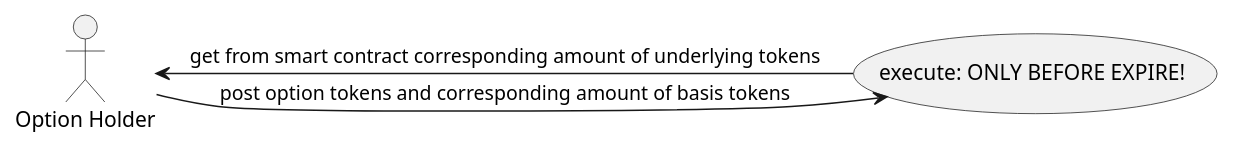
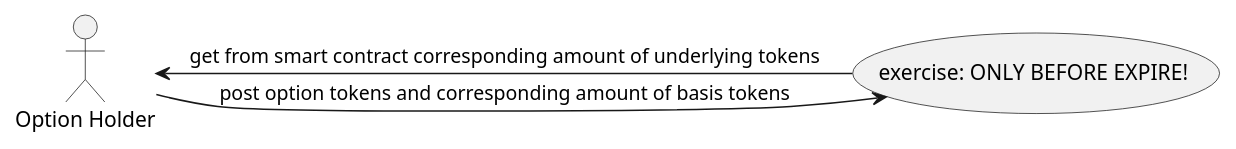
Before and after one commit to mxn/eth_option: the diagram in docs/dias/exec.puml, drawn with PlantUML. The commit also changed 4 other files, not shown here.

```diff
--- a/docs/dias/exec.puml
+++ b/docs/dias/exec.puml
@@ -1,9 +1,9 @@
 @startuml
 :Option Holder: as Buyer
-(execute: ONLY BEFORE EXPIRE!) as (exec)
+(exercise: ONLY BEFORE EXPIRE!) as (exec)
 
 Buyer -> (exec): post option tokens and corresponding amount of basis tokens
 
 (exec) -> Buyer: get from smart contract corresponding amount of underlying tokens
 
 @enduml
```
